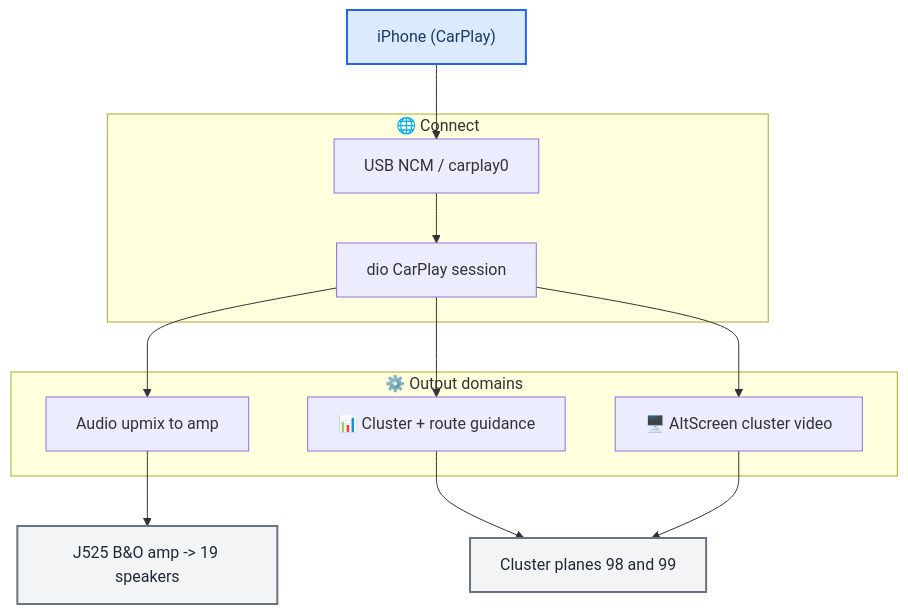
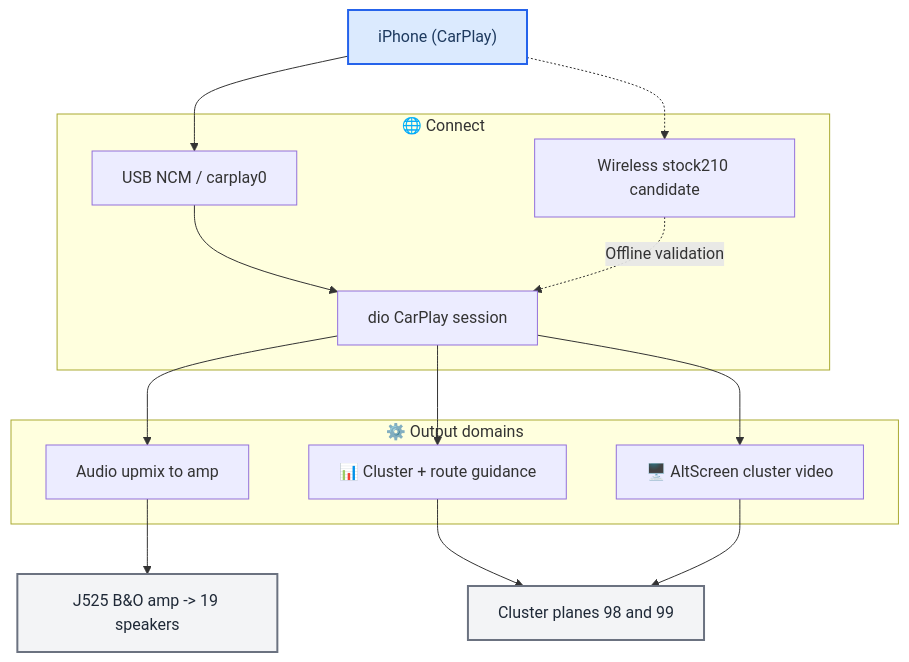
The second of 2 diagrams in docs/README.md (luka-dev/mib2q-carplay-rgi), drawn with Mermaid before and after one commit. The commit also changed other lines of this file and 51 other files, not shown here.

Commit message:
docs(wireless): integrate CarPlay references into documentation

````diff
--- a/docs/README.md
+++ b/docs/README.md
@@ -126,35 +133,38 @@
 ```mermaid
 flowchart TB
     accTitle: MHI2Q CarPlay system overview
-    accDescr: The iPhone connects over USB NCM, the CarPlay session drives three output domains — audio to the amp, route guidance to the cluster, and alternate-screen video — all built and deployed from the hook.
+    accDescr: The iPhone connects over USB NCM or the offline wireless candidate; the CarPlay session drives three output domains — audio to the amp, route guidance to the cluster, and alternate-screen video — all built and deployed from the hook.
 
     phone["iPhone (CarPlay)"]
 
     subgraph connect ["🌐 Connect"]
         ncm["USB NCM / carplay0"]
         session["dio CarPlay session"]
+        wireless["Wireless stock210 candidate" ]
         ncm --> session
+        wireless -.->|"Offline validation"| session
     end
 
     subgraph outputs ["⚙️ Output domains"]
         audio["Audio upmix to amp"]
         cluster["📊 Cluster + route guidance"]
         alt["🖥️ AltScreen cluster video"]
     end
 
     amp["J525 B&O amp -> 19 speakers"]
     kombi["Cluster planes 98 and 99"]
 
     phone --> ncm
+    phone -.-> wireless
     session --> audio
     session --> cluster
     session --> alt
     audio --> amp
     cluster --> kombi
     alt --> kombi
 
     classDef primary fill:#dbeafe,stroke:#2563eb,stroke-width:2px,color:#1e3a5f
     classDef neutral fill:#f3f4f6,stroke:#6b7280,stroke-width:2px,color:#1f2937
     class phone primary
     class amp,kombi neutral
 ```
````
